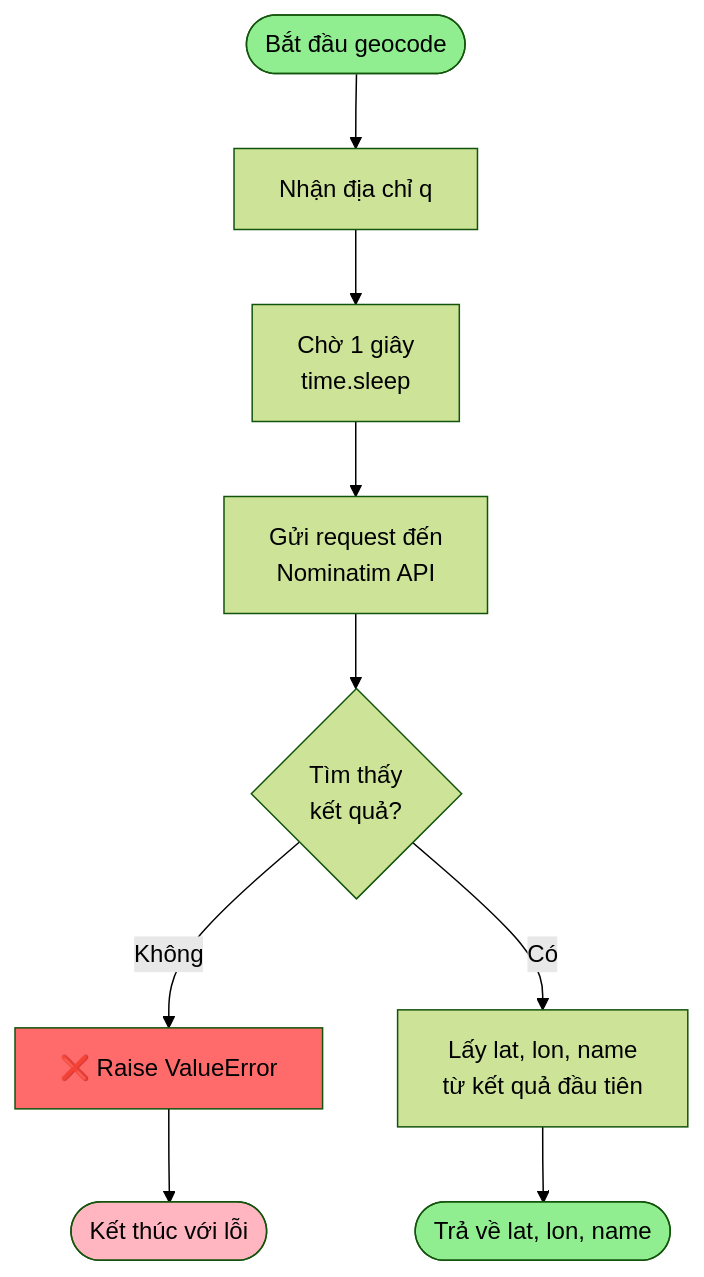
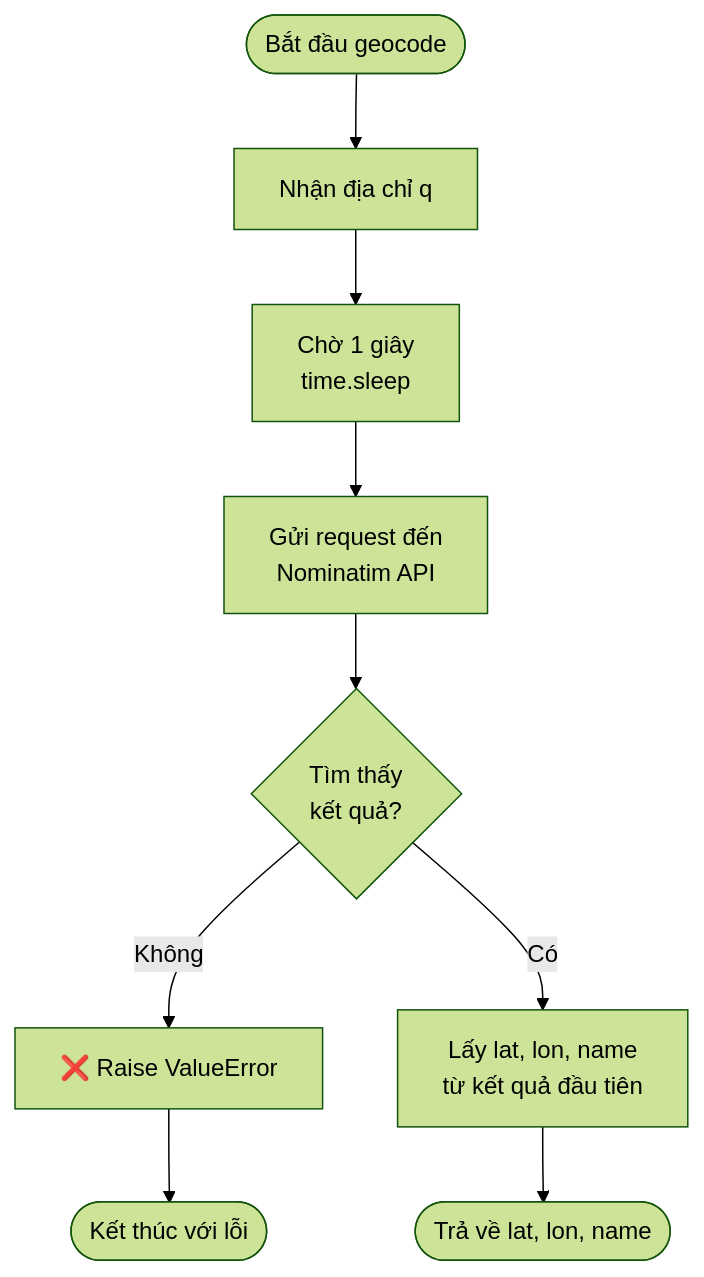
Before and after one commit to vothuctri/----n: the second of 8 diagrams in flowchart_test.md, drawn with Mermaid (forest theme). The commit also changed other lines of this file and 10 other files, not shown here.

````diff
--- a/flowchart_test.md
+++ b/flowchart_test.md
@@ -38,16 +31,11 @@
 ```mermaid
 flowchart TD
     A([Bắt đầu geocode]) --> B[Nhận địa chỉ q]
     B --> C[Chờ 1 giây<br/>time.sleep]
     C --> D[Gửi request đến<br/>Nominatim API]
     D --> E{Tìm thấy<br/>kết quả?}
     E -->|Không| F[❌ Raise ValueError]
     E -->|Có| G[Lấy lat, lon, name<br/>từ kết quả đầu tiên]
     G --> H([Trả về lat, lon, name])
     F --> I([Kết thúc với lỗi])
-    
-    style A fill:#90EE90
-    style H fill:#90EE90
-    style F fill:#FF6B6B
-    style I fill:#FFB6C1
 ```
````
